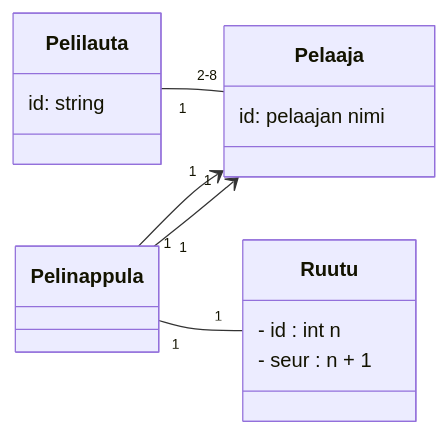
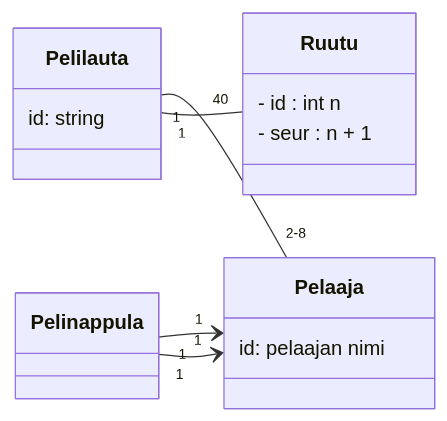
One commit to brotholi/ot-harjoitustyo changed the diagram in laskarit/viikko3/monopoli.md. Above: the diagram before and after it, drawn with Mermaid.

````diff
--- a/laskarit/viikko3/monopoli.md
+++ b/laskarit/viikko3/monopoli.md
@@ -1,34 +1,34 @@
 ```mermaid
  classDiagram
     direction LR
     
     
     class Pelaaja {
         id: pelaajan nimi
     }
 
     class Pelilauta {
      id: string   
     }
     
     
     class Ruutu {
     - id : int n
     - seur : n + 1
     }
     
     class Pelinappula {
     }
     
 
     Pelilauta "1" -- "2-8" Pelaaja
+    Pelilauta "1" -- "40" Ruutu
+    Pelinappula "1" --> "1" Pelaaja
     
-    Pelinappula "1" --> "1" Pelaaja
-    Pelinappula "1" -- "1" Ruutu
     Pelinappula "1" --> "1" Pelaaja
     
     
 
 
     
 ```
````
